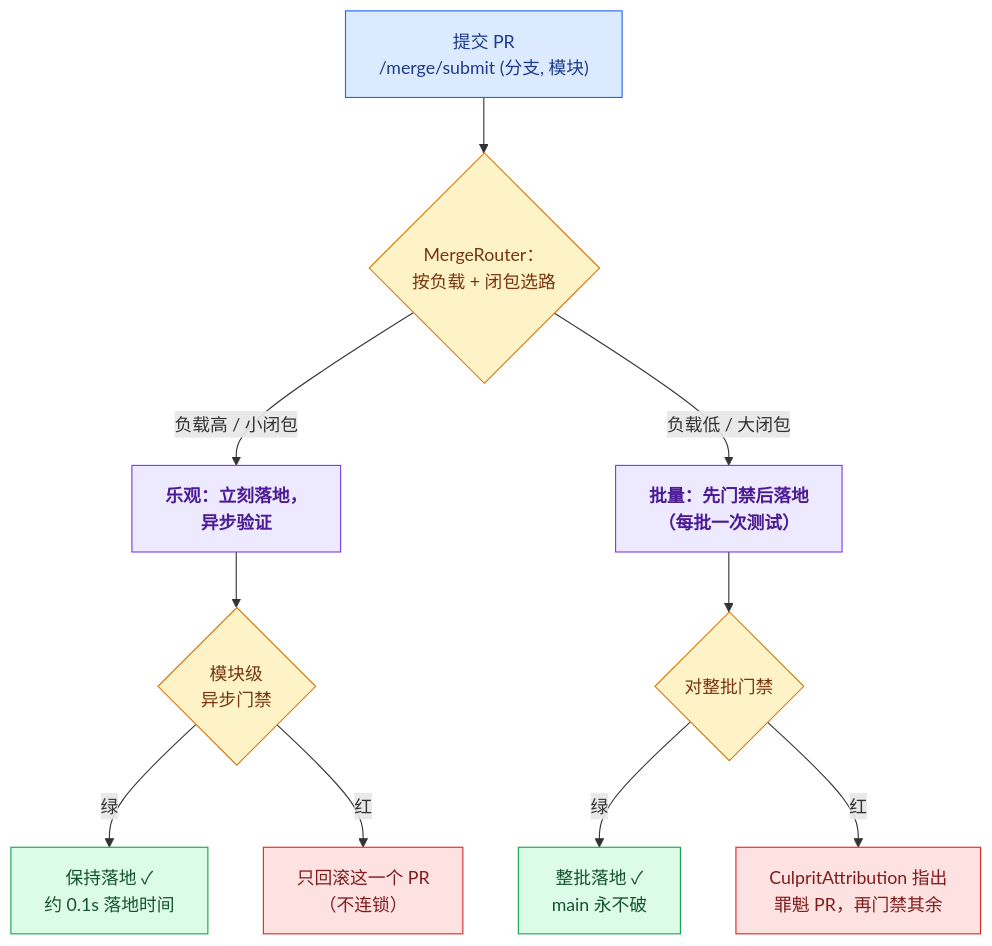
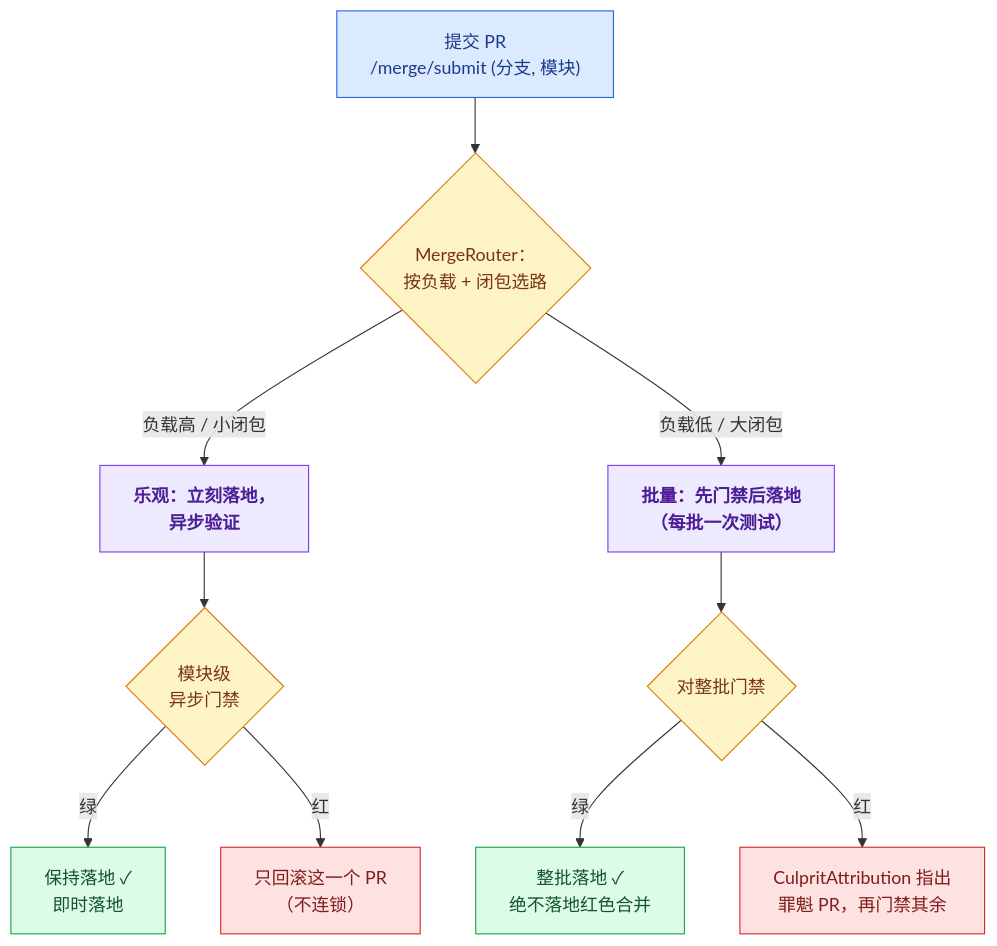
Before and after one commit to alexanderpaquette-byte/arxael: the ninth of 9 diagrams in docs/OVERVIEW.zh-CN.md, drawn with Mermaid. The commit also changed other lines of this file and 64 other files, not shown here.

````diff
--- a/docs/OVERVIEW.zh-CN.md
+++ b/docs/OVERVIEW.zh-CN.md
@@ -277,21 +277,21 @@
 ```mermaid
 flowchart TB
     pr["提交 PR<br/>/merge/submit (分支, 模块)"]:::agent --> router{"MergeRouter：<br/>按负载 + 闭包选路"}:::gate
 
     router -->|"负载高 / 小闭包"| opt["乐观：立刻落地，<br/>异步验证"]:::core
     router -->|"负载低 / 大闭包"| batch["批量：先门禁后落地<br/>（每批一次测试）"]:::core
 
     opt --> ascan{"模块级<br/>异步门禁"}:::gate
-    ascan -->|绿| done1["保持落地 ✓<br/>约 0.1s 落地时间"]:::good
+    ascan -->|绿| done1["保持落地 ✓<br/>即时落地"]:::good
     ascan -->|红| revert["只回滚这一个 PR<br/>（不连锁）"]:::bad
 
     batch --> bgate{"对整批门禁"}:::gate
-    bgate -->|绿| done2["整批落地 ✓<br/>main 永不破"]:::good
+    bgate -->|绿| done2["整批落地 ✓<br/>绝不落地红色合并"]:::good
     bgate -->|红| culprit["CulpritAttribution 指出<br/>罪魁 PR，再门禁其余"]:::bad
 
     classDef agent fill:#dbeafe,stroke:#2563eb,color:#1e3a8a
     classDef gate fill:#fef3c7,stroke:#d97706,color:#78350f
     classDef core fill:#ede9fe,stroke:#7c3aed,color:#4c1d95,font-weight:bold
     classDef good fill:#dcfce7,stroke:#16a34a,color:#14532d
     classDef bad fill:#fee2e2,stroke:#dc2626,color:#7f1d1d
 ```
````
